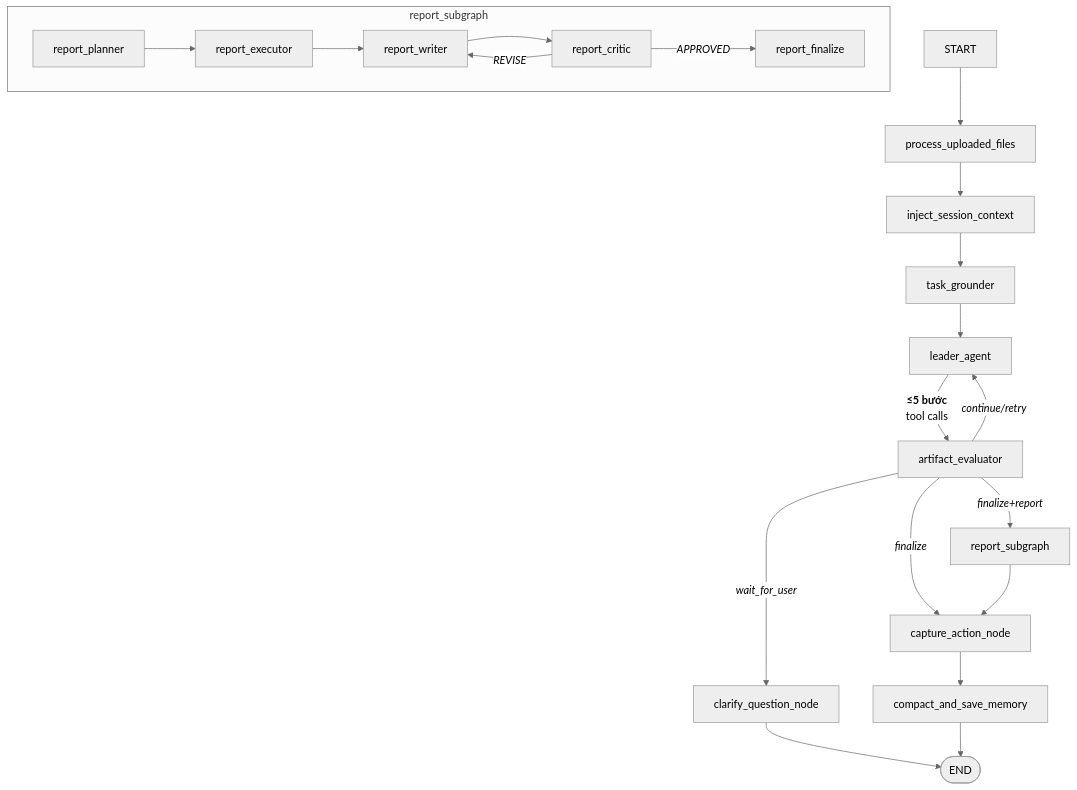
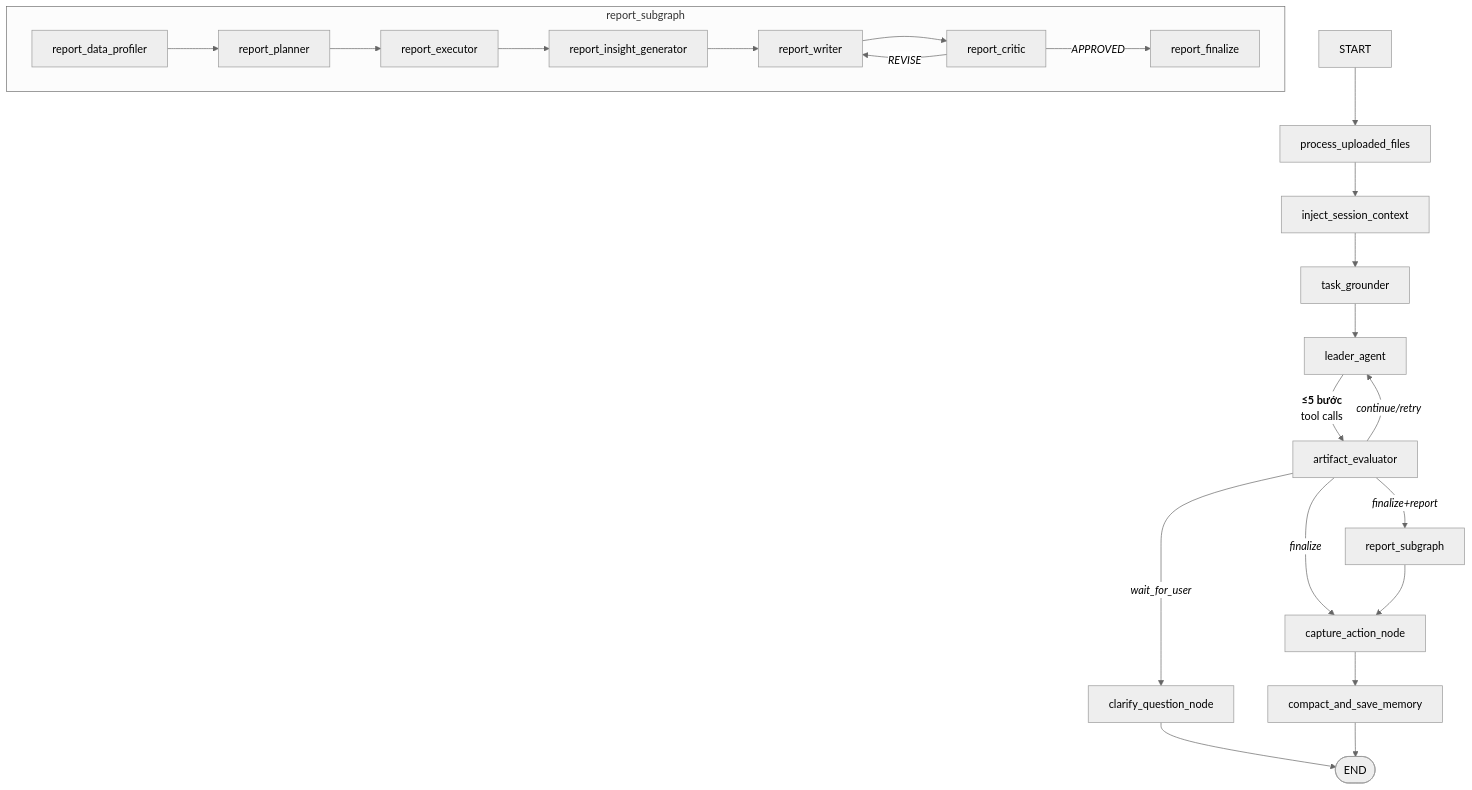
The first of 2 diagrams in docs/thangquang09/01_architecture.md (thangquang09/da-agent-project), drawn with Mermaid (neutral theme) before and after one commit. The commit also changed other lines of this file and 12 other files, not shown here.

````diff
--- a/docs/thangquang09/01_architecture.md
+++ b/docs/thangquang09/01_architecture.md
@@ -37,24 +37,26 @@
 ```mermaid
 flowchart TD
     START --> PROCESS[process_uploaded_files]
     PROCESS --> INJECT[inject_session_context]
     INJECT --> GROUND[task_grounder]
     GROUND --> LEADER[leader_agent]
     LEADER -->|<b>≤5 bước</b><br/>tool calls| EVAL[artifact_evaluator]
     EVAL -->|<i>continue/retry</i>| LEADER
     EVAL -->|<i>wait_for_user</i>| CLARIFY[clarify_question_node]
     EVAL -->|<i>finalize+report</i>| REPORT[report_subgraph]
     EVAL -->|<i>finalize</i>| CAPTURE[capture_action_node]
     CLARIFY --> END([END])
     REPORT --> CAPTURE
     CAPTURE --> MEMORY[compact_and_save_memory]
     MEMORY --> END
 
     subgraph report_subgraph
-        PLAN[report_planner] --> EXEC[report_executor]
-        EXEC --> WRITE[report_writer]
+        PROF2[report_data_profiler] --> PLAN[report_planner]
+        PLAN --> EXEC[report_executor]
+        EXEC --> INSIGHT[report_insight_generator]
+        INSIGHT --> WRITE[report_writer]
         WRITE --> CRITIC[report_critic]
         CRITIC -->|<i>REVISE</i>| WRITE
         CRITIC -->|<i>APPROVED</i>| FINAL[report_finalize]
     end
 ```
````
